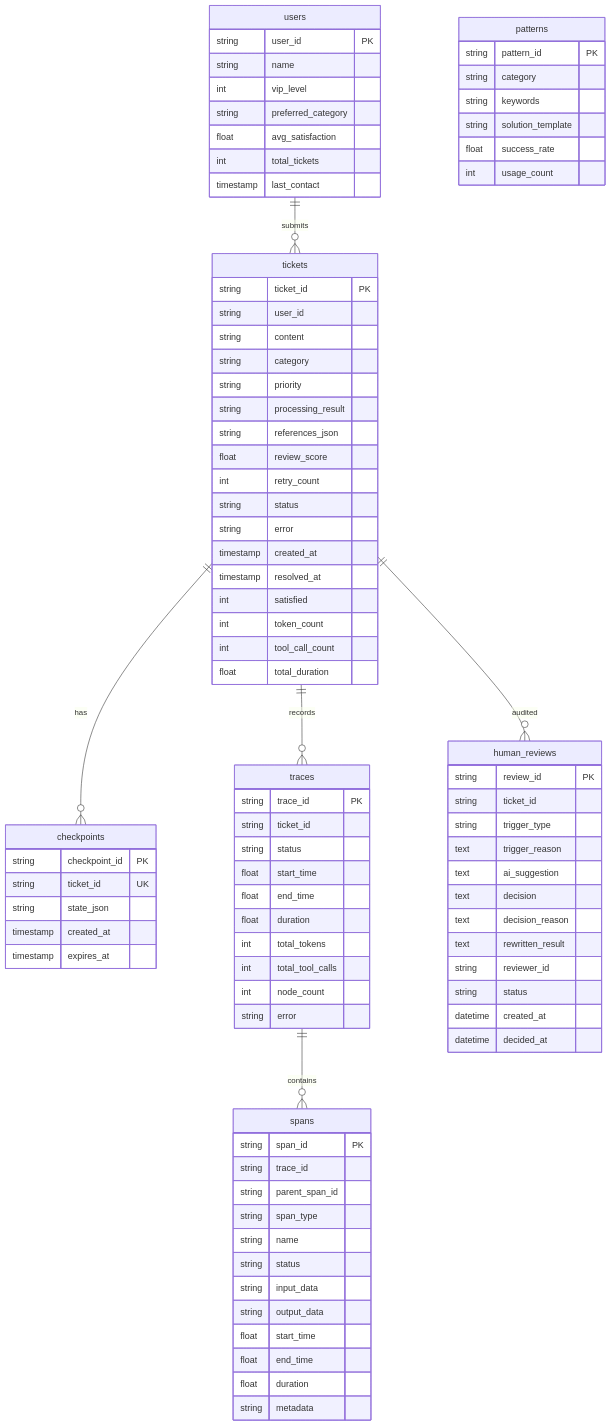
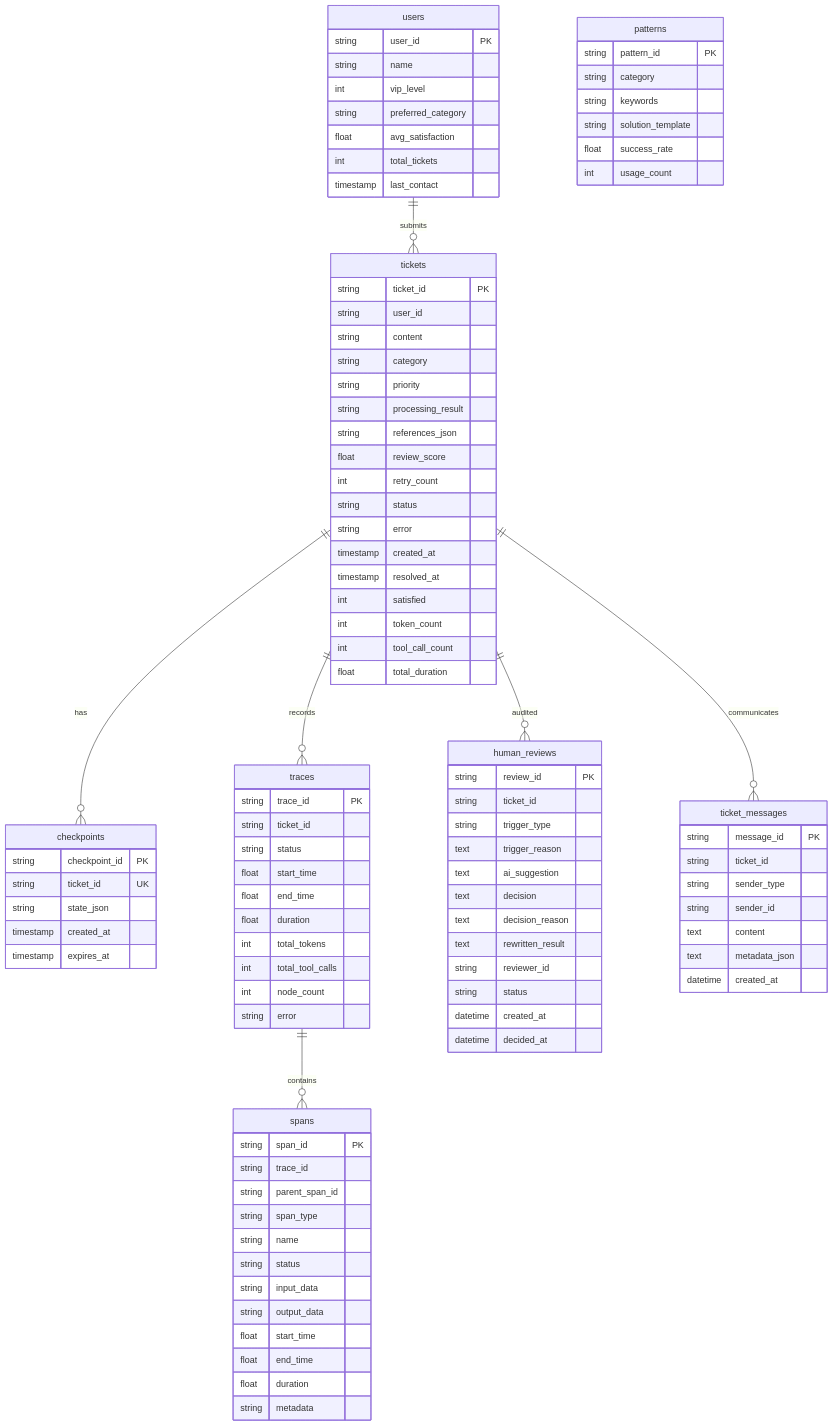
Before and after one commit to ArtLjn/AgentDesk: the diagram in docs/design-spec/01_正式设计/05_数据存储设计.md, drawn with Mermaid. The commit also changed other lines of this file and 52 other files, not shown here.

````diff
--- a/docs/design-spec/01_正式设计/05_数据存储设计.md
+++ b/docs/design-spec/01_正式设计/05_数据存储设计.md
@@ -17,6 +17,7 @@
     tickets ||--o{ checkpoints : has
     tickets ||--o{ traces : records
     tickets ||--o{ human_reviews : audited
+    tickets ||--o{ ticket_messages : communicates
     traces ||--o{ spans : contains
 
     users {
@@ -108,4 +109,14 @@
         datetime created_at
         datetime decided_at
     }
+
+    ticket_messages {
+        string message_id PK
+        string ticket_id
+        string sender_type
+        string sender_id
+        text content
+        text metadata_json
+        datetime created_at
+    }
 ```
````
